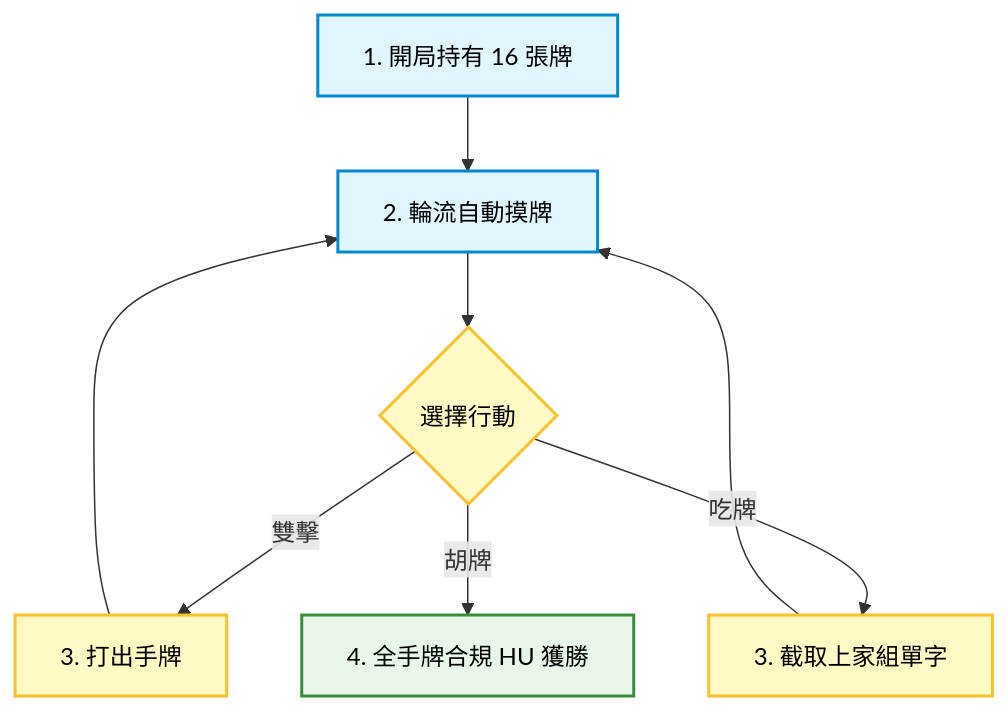
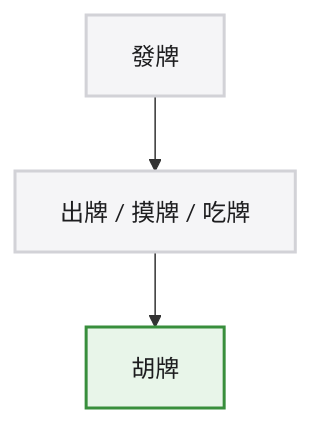
One commit to redbacon0423/english-mahjohn changed the first of 2 diagrams in EXHIBITION.md. Above: the diagram before and after it, drawn with Mermaid. The commit also changed 1 other file, not shown here.

Commit message:
docs: simplify usage flowchart to 發牌 -> 出牌/摸牌/吃牌 -> 胡牌

````diff
--- a/EXHIBITION.md
+++ b/EXHIBITION.md
@@ -49,16 +49,10 @@
 ```mermaid
 flowchart TD
-    classDef step fill:#e1f5fe,stroke:#0288d1,stroke-width:2px,color:#000;
-    classDef action fill:#fff9c4,stroke:#fbc02d,stroke-width:2px,color:#000;
-    classDef win fill:#e8f5e9,stroke:#388e3c,stroke-width:2px,color:#000;
-
-    Setup[1. 開局持有 16 張牌] --> Draw[2. 輪流自動摸牌]
-    Draw --> Action{選擇行動}
-    Action -->|雙擊| Discard[3. 打出手牌] --> Draw
-    Action -->|吃牌| Chi[3. 截取上家組單字] --> Draw
-    Action -->|胡牌| Win[4. 全手牌合規 HU 獲勝]
+    classDef box fill:#f5f5f7,stroke:#d2d2d7,stroke-width:2px,color:#1d1d1f;
+    classDef win fill:#e8f5e9,stroke:#388e3c,stroke-width:2px,color:#1d1d1f;
     
-    class Setup,Draw step;
-    class Action,Discard,Chi action;
-    class Win win;
+    A[發牌] --> B[出牌 / 摸牌 / 吃牌] --> C[胡牌]
+    
+    class A,B box;
+    class C win;
 ```
````
